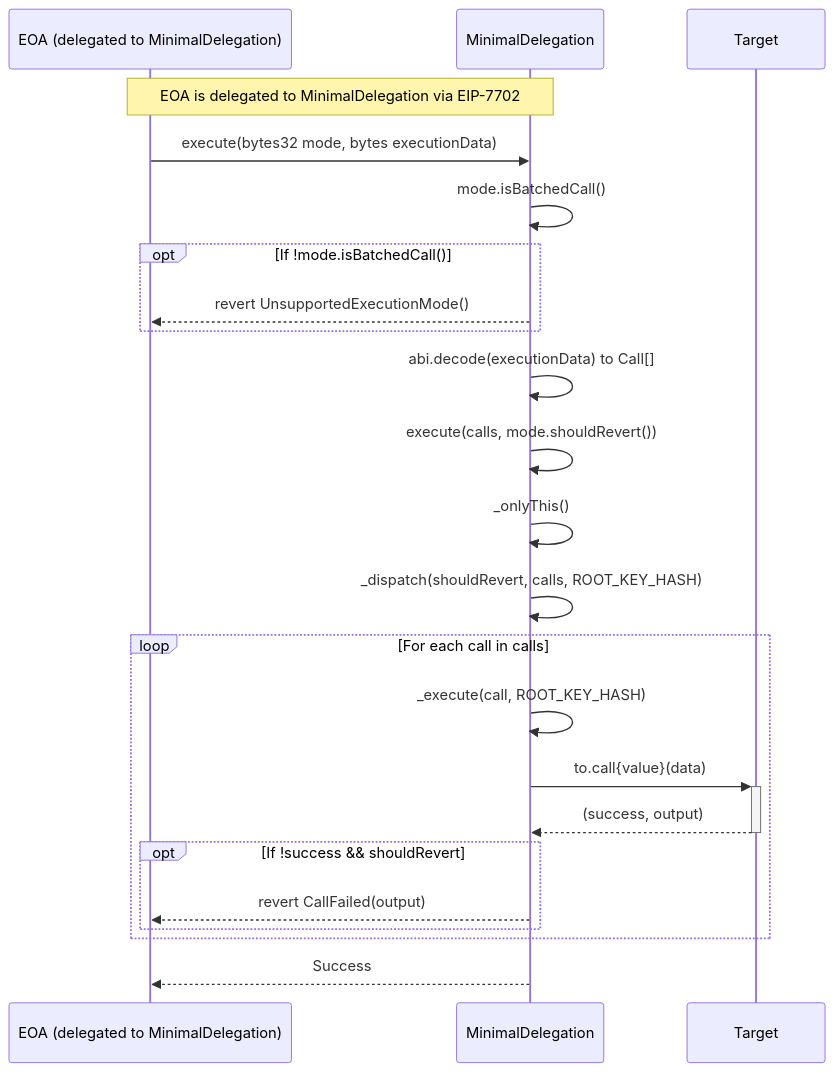
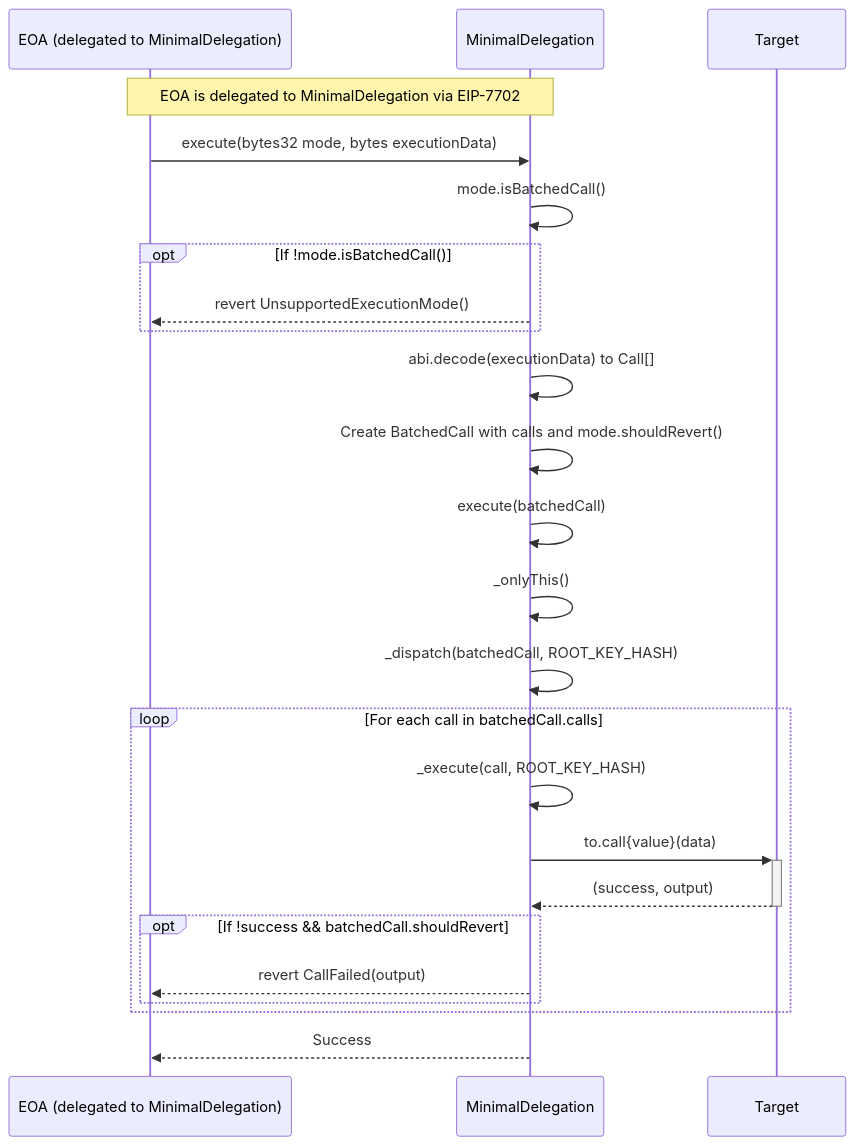
Before and after one commit to Uniswap/minimal-delegation: the fourth of 6 diagrams in README.md, drawn with Mermaid. The commit also changed other lines of this file and 3 other files, not shown here.

````diff
--- a/README.md
+++ b/README.md
@@ -140,29 +140,30 @@
 ```mermaid
 sequenceDiagram
     participant SignerAccount as EOA (delegated to MinimalDelegation)
     participant Account as MinimalDelegation
     participant Target
     
     Note over SignerAccount, Account: EOA is delegated to MinimalDelegation via EIP-7702
     SignerAccount->>Account: execute(bytes32 mode, bytes executionData)
     Account->>Account: mode.isBatchedCall()
     opt If !mode.isBatchedCall()
         Account-->>SignerAccount: revert UnsupportedExecutionMode()
     end
     
     Account->>Account: abi.decode(executionData) to Call[]
-    Account->>Account: execute(calls, mode.shouldRevert())
+    Account->>Account: Create BatchedCall with calls and mode.shouldRevert()
+    Account->>Account: execute(batchedCall)
     Account->>Account: _onlyThis()
-    Account->>Account: _dispatch(shouldRevert, calls, ROOT_KEY_HASH)
+    Account->>Account: _dispatch(batchedCall, ROOT_KEY_HASH)
     
-    loop For each call in calls
+    loop For each call in batchedCall.calls
         Account->>Account: _execute(call, ROOT_KEY_HASH)
         Account->>+Target: to.call{value}(data)
         Target-->>-Account: (success, output)
-        opt If !success && shouldRevert
+        opt If !success && batchedCall.shouldRevert
             Account-->>SignerAccount: revert CallFailed(output)
         end
     end
     
     Account-->>SignerAccount: Success
 ```
````
